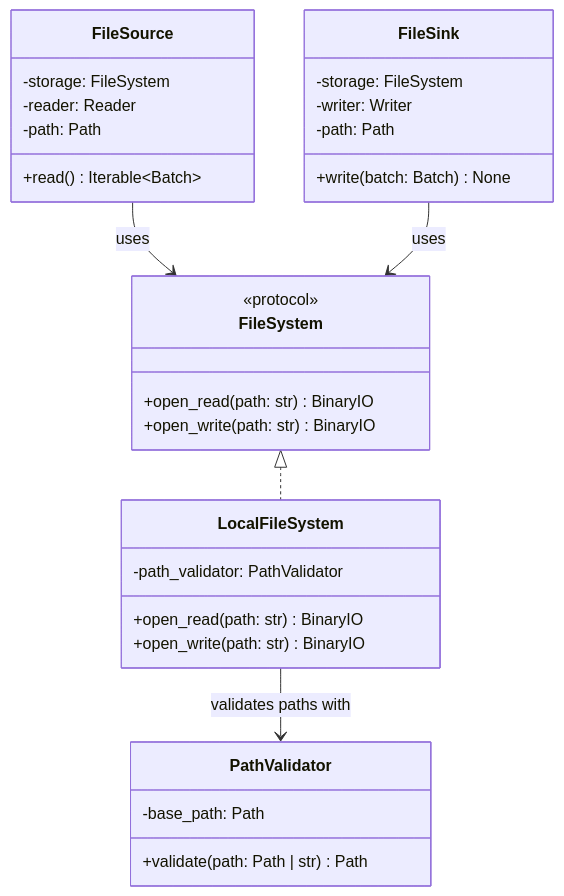
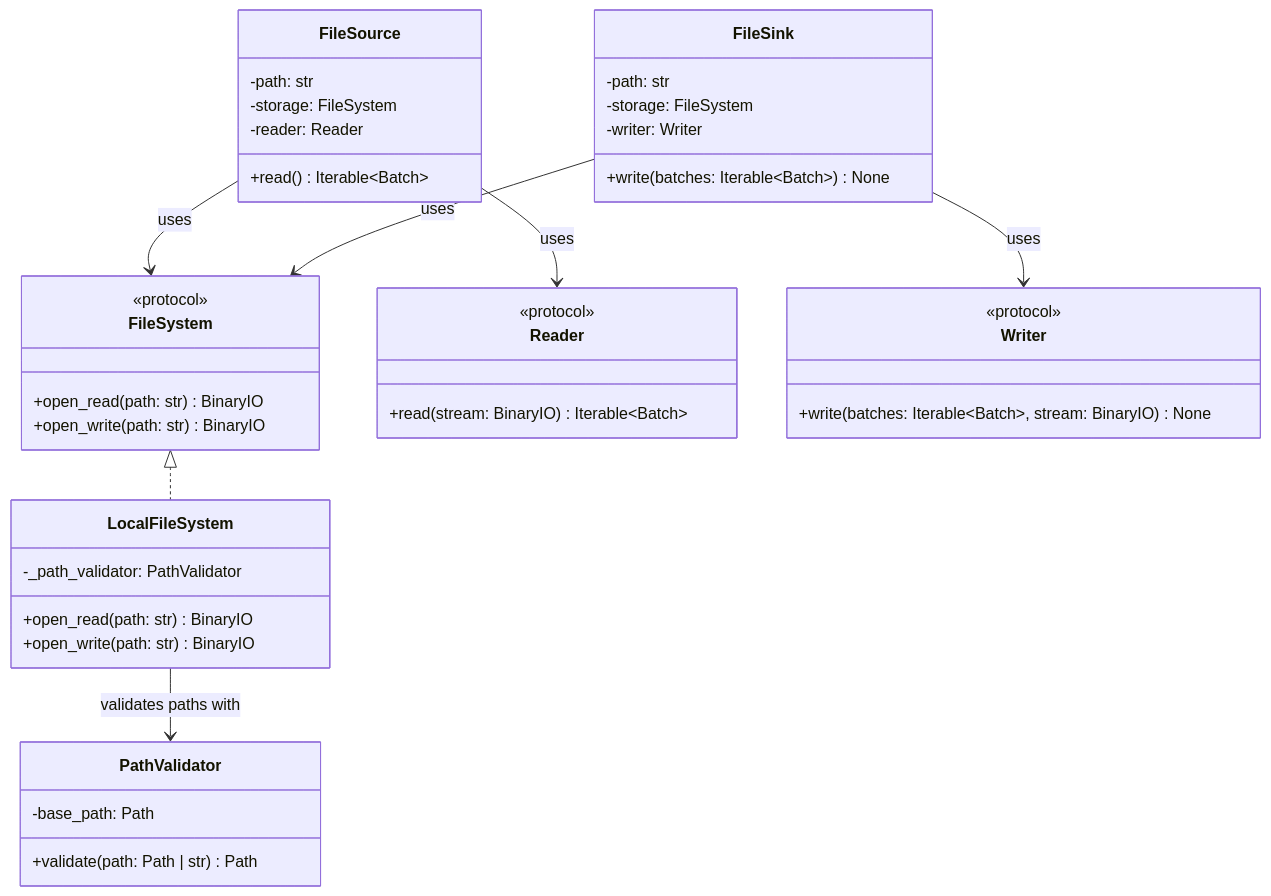
Before and after one commit to apaquette/ETLRelay: the diagram in docs/class_diagrams/local_filesystem_class_diagram.md, drawn with Mermaid. The commit also changed other lines of this file and 57 other files, not shown here.

````diff
--- a/docs/class_diagrams/local_filesystem_class_diagram.md
+++ b/docs/class_diagrams/local_filesystem_class_diagram.md
@@ -15,40 +15,52 @@
 ```mermaid
 classDiagram
     class FileSystem {
         <<protocol>>
         +open_read(path: str) BinaryIO
         +open_write(path: str) BinaryIO
     }
 
     class LocalFileSystem {
-        -path_validator: PathValidator
+        -_path_validator: PathValidator
         +open_read(path: str) BinaryIO
         +open_write(path: str) BinaryIO
     }
 
     class PathValidator {
         -base_path: Path
         +validate(path: Path | str) Path
     }
 
     class FileSource {
+        -path: str
         -storage: FileSystem
         -reader: Reader
-        -path: Path
         +read() Iterable~Batch~
     }
 
     class FileSink {
+        -path: str
         -storage: FileSystem
         -writer: Writer
-        -path: Path
-        +write(batch: Batch) None
+        +write(batches: Iterable~Batch~) None
+    }
+
+    class Reader {
+        <<protocol>>
+        +read(stream: BinaryIO) Iterable~Batch~
+    }
+
+    class Writer {
+        <<protocol>>
+        +write(batches: Iterable~Batch~, stream: BinaryIO) None
     }
 
     FileSystem <|.. LocalFileSystem
-
     LocalFileSystem --> PathValidator : validates paths with
 
     FileSource --> FileSystem : uses
     FileSink --> FileSystem : uses
+
+    FileSource --> Reader : uses
+    FileSink --> Writer : uses
 ```
````
